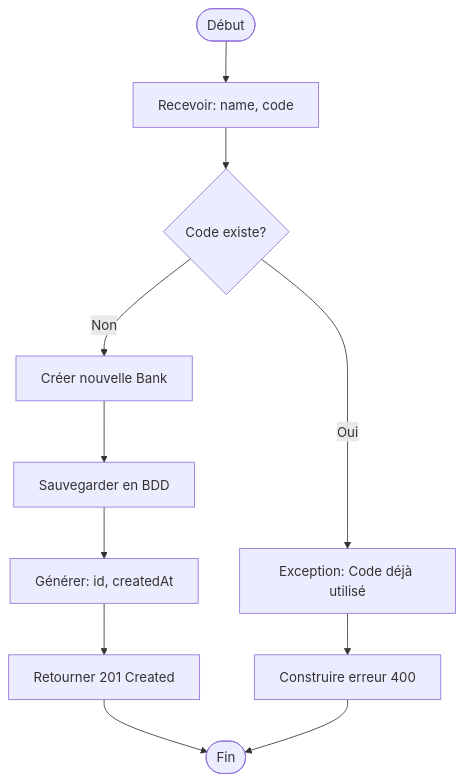
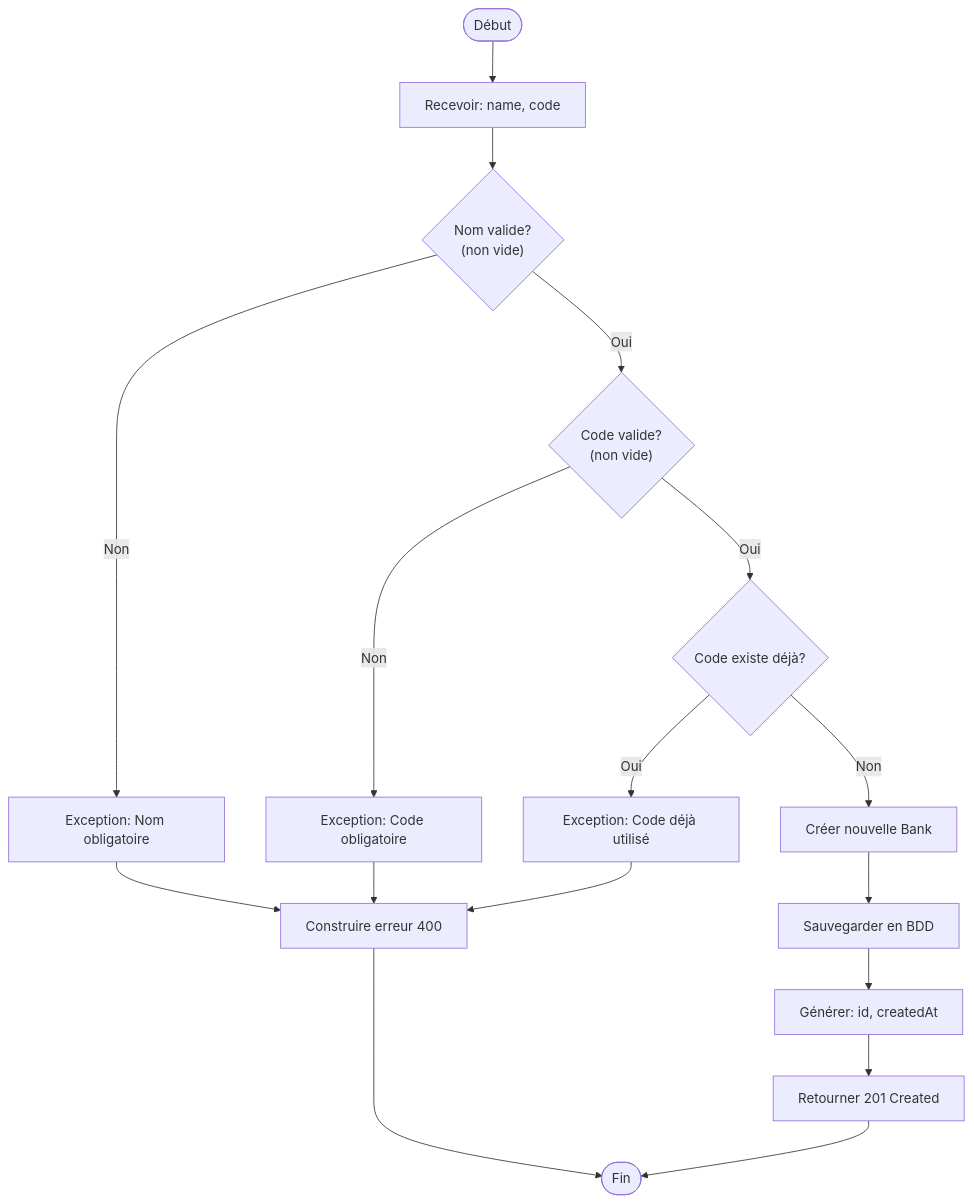
The diagram in CFG/createBank.md (oberlinkeyanfe-ops/TP352), drawn with Mermaid before and after one commit. The commit also changed 64 other files, not shown here.

````diff
--- a/CFG/createBank.md
+++ b/CFG/createBank.md
@@ -1,13 +1,19 @@
 ```mermaid
 flowchart TD
     Start(["Début"]) --> Input["Recevoir: name, code"]
-    Input --> CheckCode{"Code existe?"}
+    Input --> ValidateName{"Nom valide?<br/>(non vide)"}
+    ValidateName -->|"Non"| ErrorName["Exception: Nom obligatoire"]
+    ValidateName -->|"Oui"| ValidateCode{"Code valide?<br/>(non vide)"}
+    ValidateCode -->|"Non"| ErrorCodeEmpty["Exception: Code obligatoire"]
+    ValidateCode -->|"Oui"| CheckCode{"Code existe déjà?"}
     CheckCode -->|"Oui"| ErrorCode["Exception: Code déjà utilisé"]
     CheckCode -->|"Non"| CreateBank["Créer nouvelle Bank"]
     CreateBank --> SaveBank["Sauvegarder en BDD"]
     SaveBank --> AutoGen["Générer: id, createdAt"]
     AutoGen --> ReturnBank["Retourner 201 Created"]
-    ErrorCode --> BuildError["Construire erreur 400"]
+    ErrorName --> BuildError["Construire erreur 400"]
+    ErrorCodeEmpty --> BuildError
+    ErrorCode --> BuildError
     ReturnBank --> Return(["Fin"])
     BuildError --> Return
 ```
````
